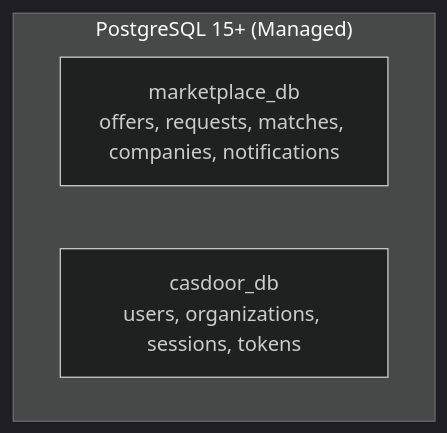
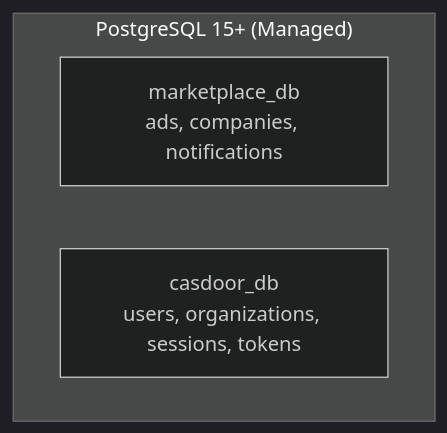
One commit to otuskotlin/202602-ok-marketplace changed the sixth of 10 diagrams in docs/architecture/tech-stack.md. Above: the diagram before and after it, drawn with Mermaid (dark theme). The commit also changed other lines of this file and 6 other files, not shown here.

````diff
--- a/docs/architecture/tech-stack.md
+++ b/docs/architecture/tech-stack.md
@@ -125,7 +125,7 @@
 ```mermaid
 graph TB
     subgraph "PostgreSQL 15+ (Managed)"
-        DB1["marketplace_db<br/>offers, requests, matches, companies, notifications"]
+        DB1["marketplace_db<br/>ads, companies, notifications"]
         DB2["casdoor_db<br/>users, organizations, sessions, tokens"]
     end
 ```
````
